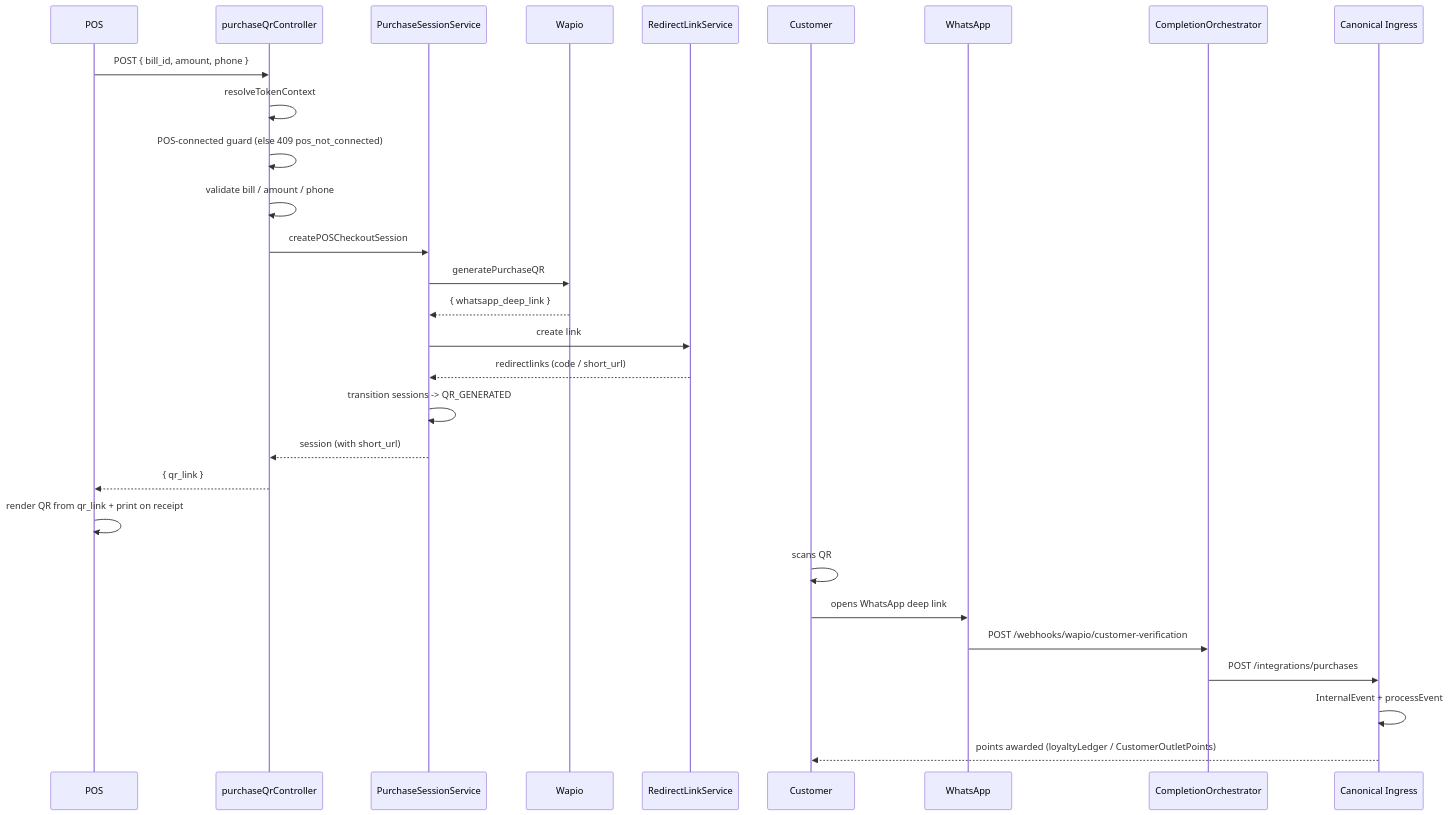
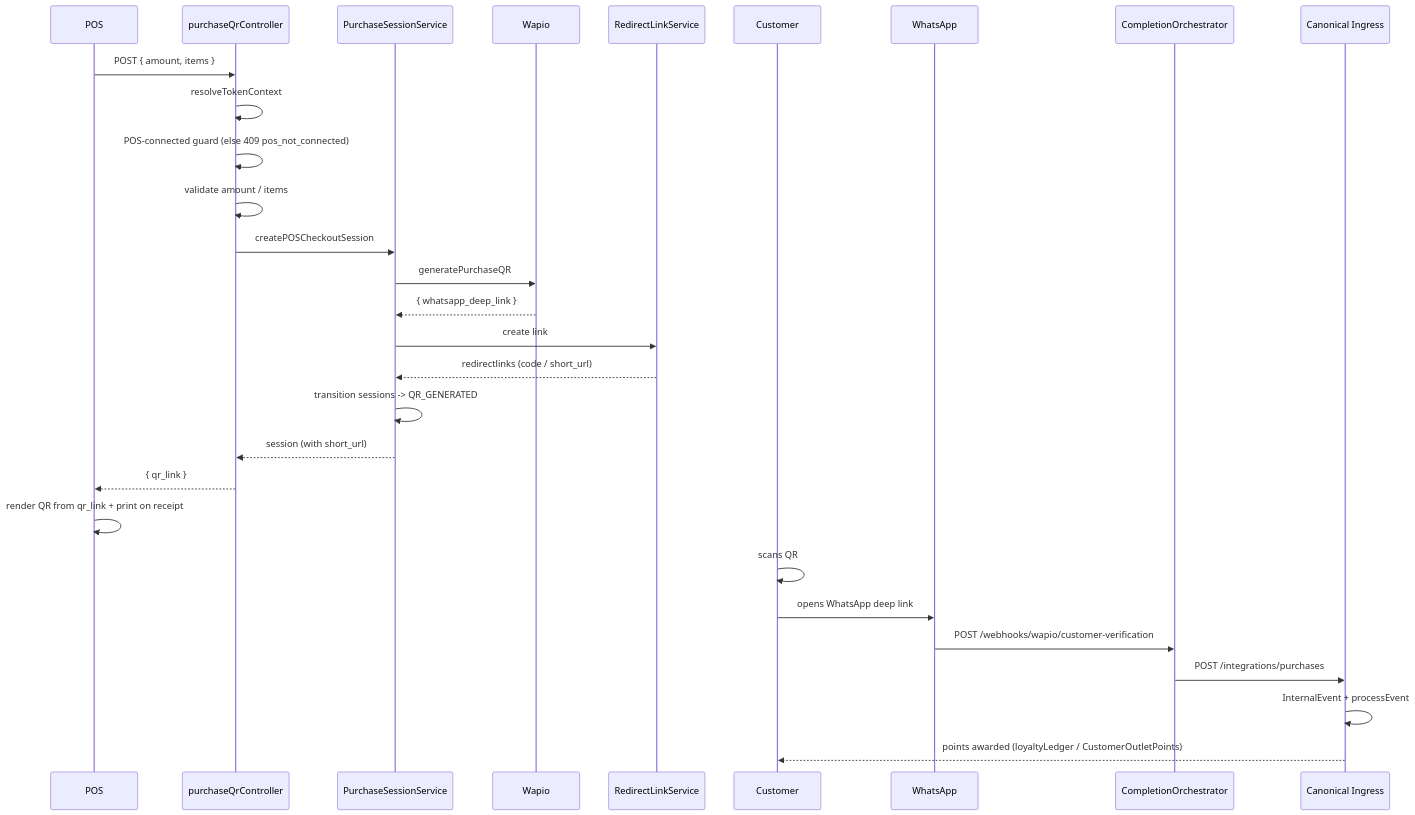
Before and after one commit to krischal07/docs: the fourth of 4 diagrams in integrations/pos/purchase-qr/overview.mdx, drawn with Mermaid. The commit also changed other lines of this file and 5 other files, not shown here.

````diff
--- a/integrations/pos/purchase-qr/overview.mdx
+++ b/integrations/pos/purchase-qr/overview.mdx
@@ -79,32 +79,32 @@
 ```mermaid
 sequenceDiagram
   participant POS as POS
   participant CTL as purchaseQrController
   participant SVC as PurchaseSessionService
   participant WAPIO as Wapio
   participant RDL as RedirectLinkService
   participant CUST as Customer
   participant WHATS as WhatsApp
   participant ORCH as CompletionOrchestrator
   participant ING as Canonical Ingress
 
-  POS->>CTL: POST { bill_id, amount, phone }
+  POS->>CTL: POST { amount, items }
   CTL->>CTL: resolveTokenContext
   CTL->>CTL: POS-connected guard (else 409 pos_not_connected)
-  CTL->>CTL: validate bill / amount / phone
+  CTL->>CTL: validate amount / items
   CTL->>SVC: createPOSCheckoutSession
   SVC->>WAPIO: generatePurchaseQR
   WAPIO-->>SVC: { whatsapp_deep_link }
   SVC->>RDL: create link
   RDL-->>SVC: redirectlinks (code / short_url)
   SVC->>SVC: transition sessions -> QR_GENERATED
   SVC-->>CTL: session (with short_url)
   CTL-->>POS: { qr_link }
   POS->>POS: render QR from qr_link + print on receipt
   CUST->>CUST: scans QR
   CUST->>WHATS: opens WhatsApp deep link
   WHATS->>ORCH: POST /webhooks/wapio/customer-verification
   ORCH->>ING: POST /integrations/purchases
   ING->>ING: InternalEvent + processEvent
   ING-->>CUST: points awarded (loyaltyLedger / CustomerOutletPoints)
 ```
````
